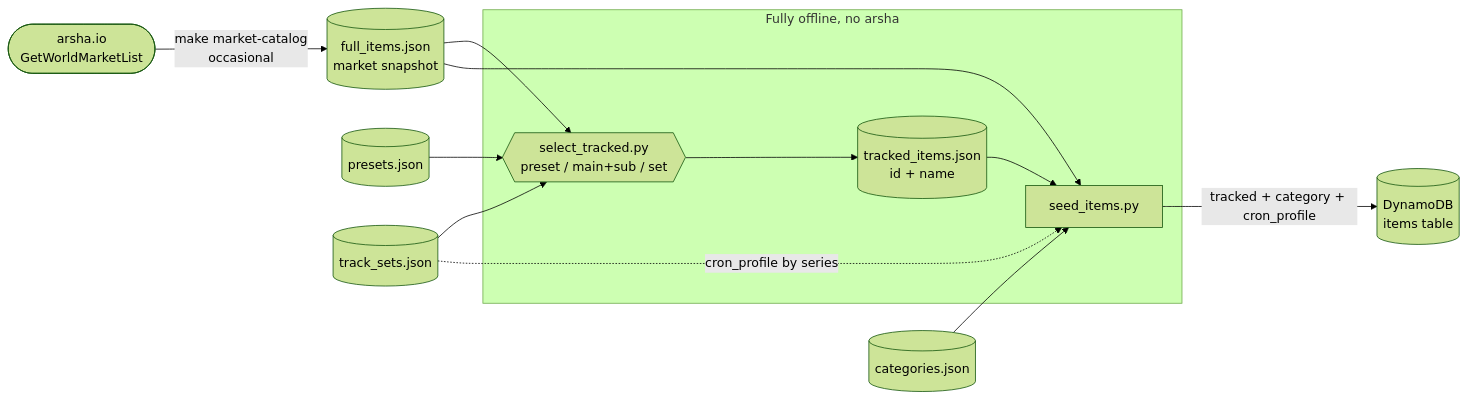
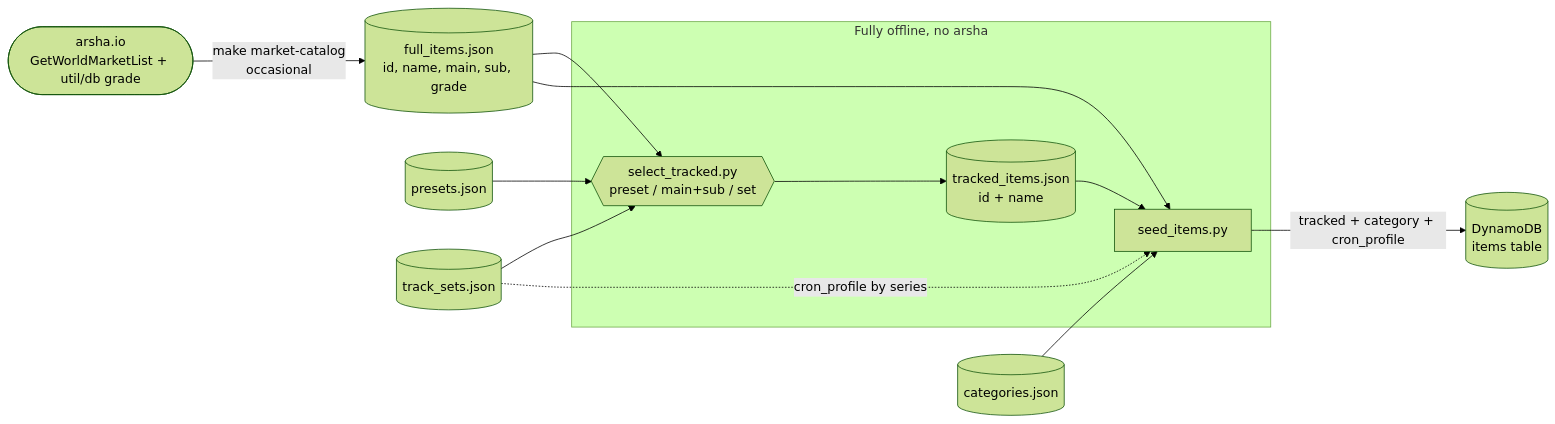
One commit to RyanYCT/bdo-market-insights changed the second of 2 diagrams in docs/runbook.md. Above: the diagram before and after it, drawn with Mermaid (forest theme). The commit also changed other lines of this file and 6 other files, not shown here.

First line of the commit message:
feat(seed): capture item grade in the snapshot and filter by grade in the track toggle (#76)

````diff
--- a/docs/runbook.md
+++ b/docs/runbook.md
@@ -182,19 +182,19 @@
 ```mermaid
 flowchart LR
-    arsha([arsha.io<br/>GetWorldMarketList]) -->|make market-catalog<br/>occasional| snap[(full_items.json<br/>market snapshot)]
+    arsha([arsha.io<br/>GetWorldMarketList + util/db grade]) -->|make market-catalog<br/>occasional| snap[(full_items.json<br/>id, name, main, sub, grade)]
     presets[(presets.json)] --> toggle
     sets[(track_sets.json)] --> toggle
     snap --> toggle{{select_tracked.py<br/>preset / main+sub / set}}
     toggle --> tracked[(tracked_items.json<br/>id + name)]
     snap --> seed[seed_items.py]
     cats[(categories.json)] --> seed
     tracked --> seed
     sets -.->|cron_profile by series| seed
     seed -->|tracked + category + cron_profile| ddb[(DynamoDB<br/>items table)]
 
     subgraph offline [Fully offline, no arsha]
         toggle
         tracked
         seed
     end
 ```
````
